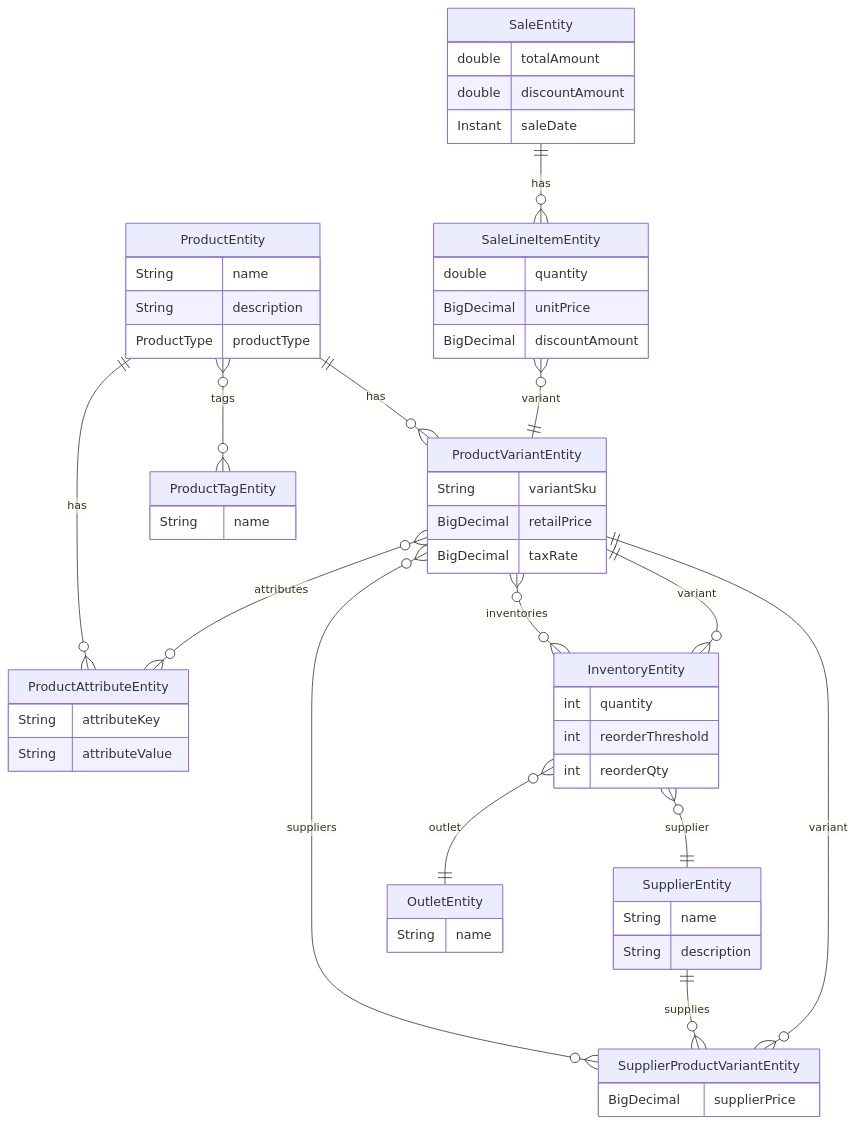
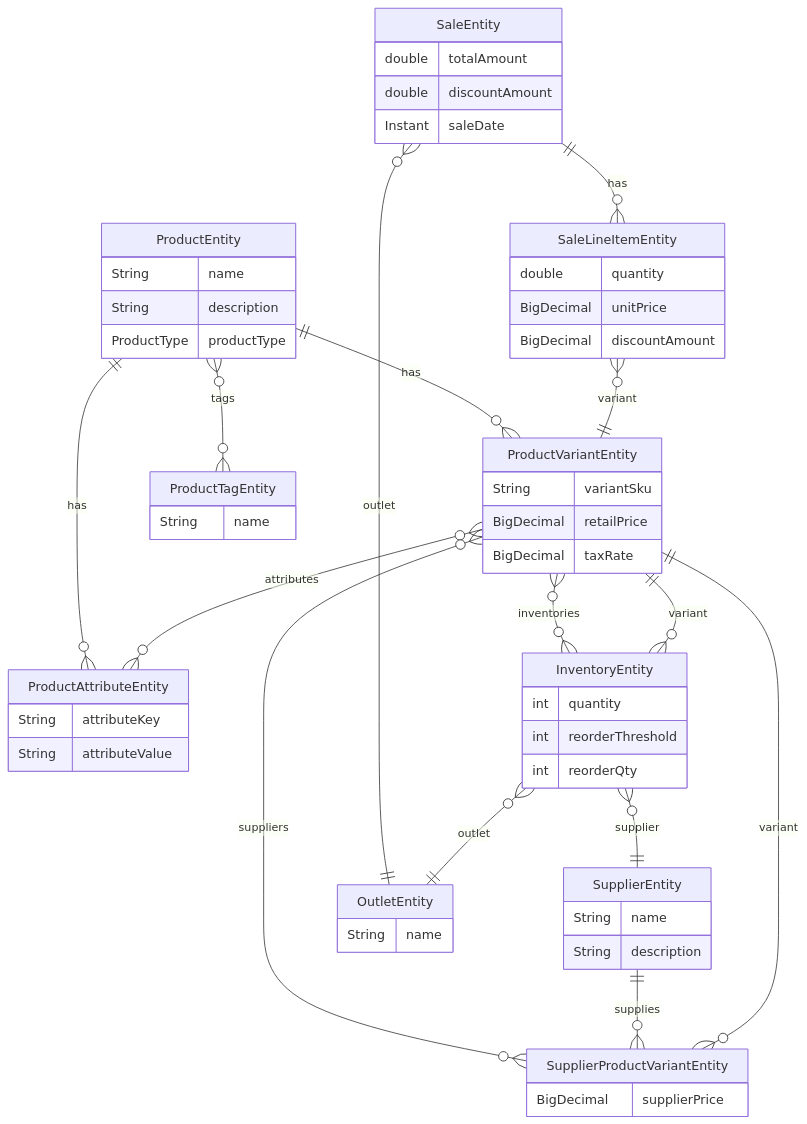
Before and after one commit to kevsoriano/vendor-pov: the diagram in Docs/Products_ERD.mmd, drawn with Mermaid. The commit also changed 2 other files, not shown here.

```diff
--- a/Docs/Products_ERD.mmd
+++ b/Docs/Products_ERD.mmd
@@ -1,58 +1,59 @@
 erDiagram
   ProductEntity {
     String name
     String description
     ProductType productType
   }
   ProductVariantEntity {
     String variantSku
     BigDecimal retailPrice
     BigDecimal taxRate
   }
   ProductAttributeEntity {
     String attributeKey
     String attributeValue
   }
   ProductTagEntity {
     String name
   }
   InventoryEntity {
     int quantity
     int reorderThreshold
     int reorderQty
   }
   SaleEntity {
     double totalAmount
     double discountAmount
     Instant saleDate
   }
   SaleLineItemEntity {
     double quantity
     BigDecimal unitPrice
     BigDecimal discountAmount
   }
   SupplierEntity {
     String name
     String description
   }
   SupplierProductVariantEntity {
     BigDecimal supplierPrice
   }
   OutletEntity {
     String name
   }
   
   ProductEntity ||--o{ ProductVariantEntity : has
   ProductEntity ||--o{ ProductAttributeEntity : has
   ProductEntity }o--o{ ProductTagEntity : tags
   ProductVariantEntity }o--o{ ProductAttributeEntity : attributes
   ProductVariantEntity }o--o{ SupplierProductVariantEntity : suppliers
   ProductVariantEntity }o--o{ InventoryEntity : inventories
 
   SaleEntity ||--o{ SaleLineItemEntity : has
+  SaleEntity }o--|| OutletEntity : outlet
   SaleLineItemEntity }o--|| ProductVariantEntity : variant
   InventoryEntity }o--|| ProductVariantEntity : variant
   InventoryEntity }o--|| SupplierEntity : supplier
   InventoryEntity }o--|| OutletEntity : outlet
   SupplierEntity ||--o{ SupplierProductVariantEntity : supplies
   SupplierProductVariantEntity }o--|| ProductVariantEntity : variant
```
